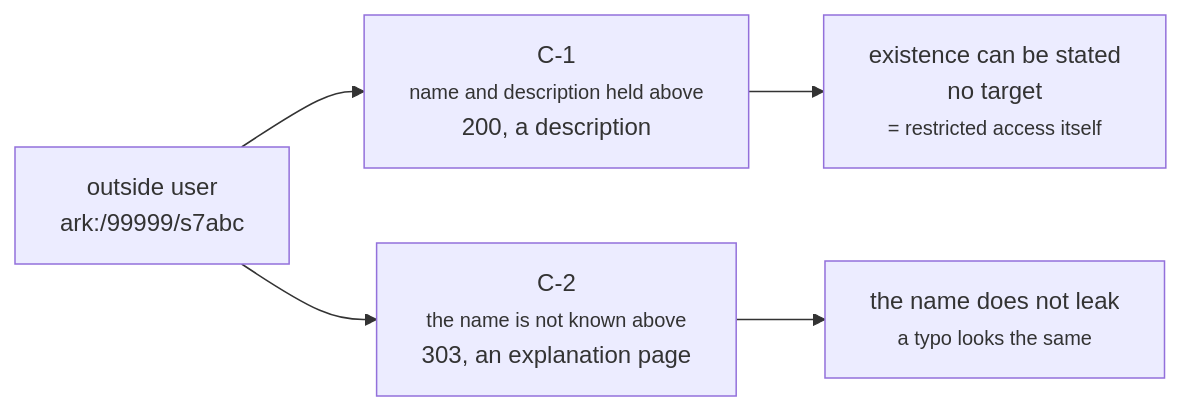
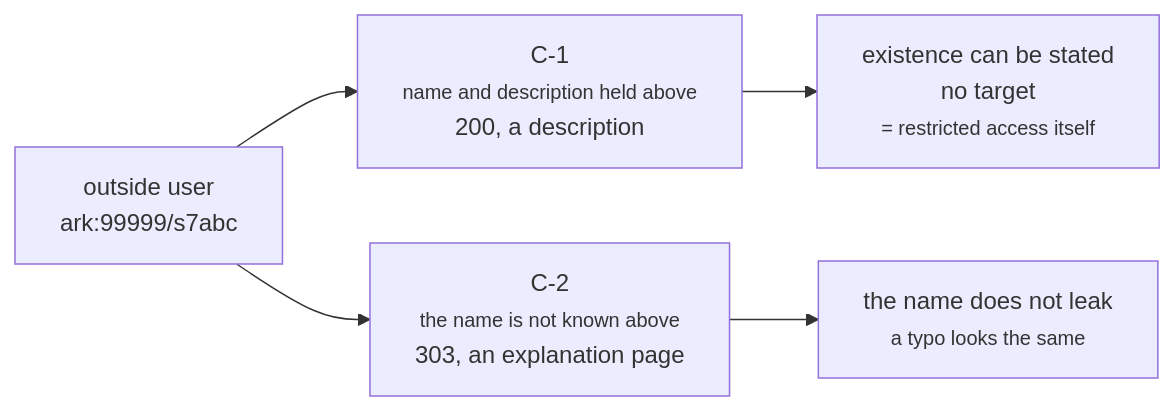
Before and after one commit to RCOSDP/arkhe: the tenth of 14 diagrams in docs/guides/federation.md, drawn with Mermaid. The commit also changed other lines of this file and 75 other files, not shown here.

````diff
--- a/docs/guides/federation.md
+++ b/docs/guides/federation.md
@@ -317,7 +318,7 @@
 ```mermaid
 flowchart LR
-    U["outside user<br/>ark:/99999/s7abc"] --> C1["C-1<br/><small>name and description held above</small><br/>200, a description"]
+    U["outside user<br/>ark:99999/s7abc"] --> C1["C-1<br/><small>name and description held above</small><br/>200, a description"]
     U --> C2["C-2<br/><small>the name is not known above</small><br/>303, an explanation page"]
     C1 --> R1["existence can be stated<br/>no target<br/><small>= restricted access itself</small>"]
     C2 --> R2["the name does not leak<br/><small>a typo looks the same</small>"]
 ```
````
